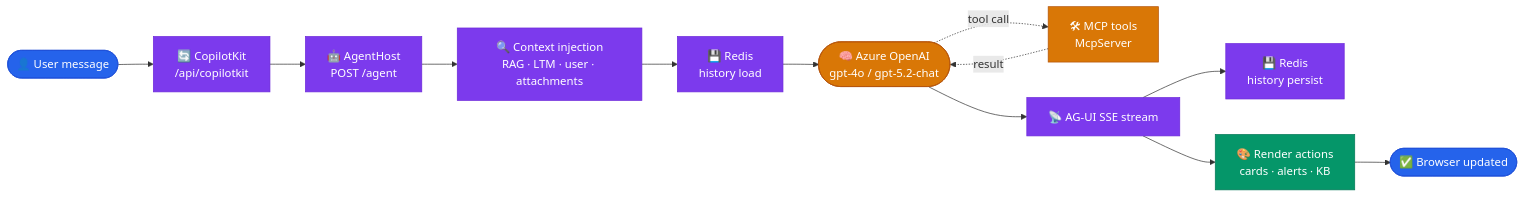
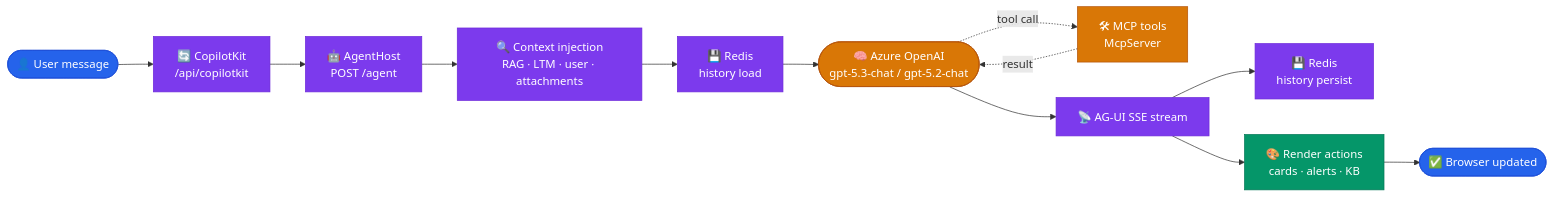
The second of 2 diagrams in README.md (sreyanchoudhury/HelpdeskAI.CSharp), drawn with Mermaid before and after one commit. The commit also changed other lines of this file and 29 other files, not shown here.

````diff
--- a/README.md
+++ b/README.md
@@ -457,30 +457,30 @@
 ```mermaid
 flowchart LR
     classDef user   fill:#2563eb,stroke:#1d4ed8,color:#fff
     classDef infra  fill:#7c3aed,stroke:#6d28d9,color:#fff
     classDef ai     fill:#d97706,stroke:#b45309,color:#fff
     classDef result fill:#059669,stroke:#047857,color:#fff
 
     U(["👤 User message"])
     CK["🔄 CopilotKit<br/>/api/copilotkit"]
     AH["🤖 AgentHost<br/>POST /agent"]
     CTX["🔍 Context injection<br/>RAG · LTM · user · attachments"]
     RH["💾 Redis<br/>history load"]
-    LLM(["🧠 Azure OpenAI<br/>gpt-4o / gpt-5.2-chat"])
+    LLM(["🧠 Azure OpenAI<br/>gpt-5.3-chat / gpt-5.2-chat"])
     MCP["🛠 MCP tools<br/>McpServer"]
     SSE["📡 AG-UI SSE stream"]
     RP["💾 Redis<br/>history persist"]
     RA["🎨 Render actions<br/>cards · alerts · KB"]
     R(["✅ Browser updated"])
 
     U --> CK --> AH --> CTX --> RH --> LLM
     LLM -. tool call .-> MCP
     MCP -. result .-> LLM
     LLM --> SSE --> RP
     SSE --> RA --> R
 
     class U,R user
     class CK,AH,CTX,RH,SSE,RP infra
     class LLM,MCP ai
     class RA result
 ```
````
